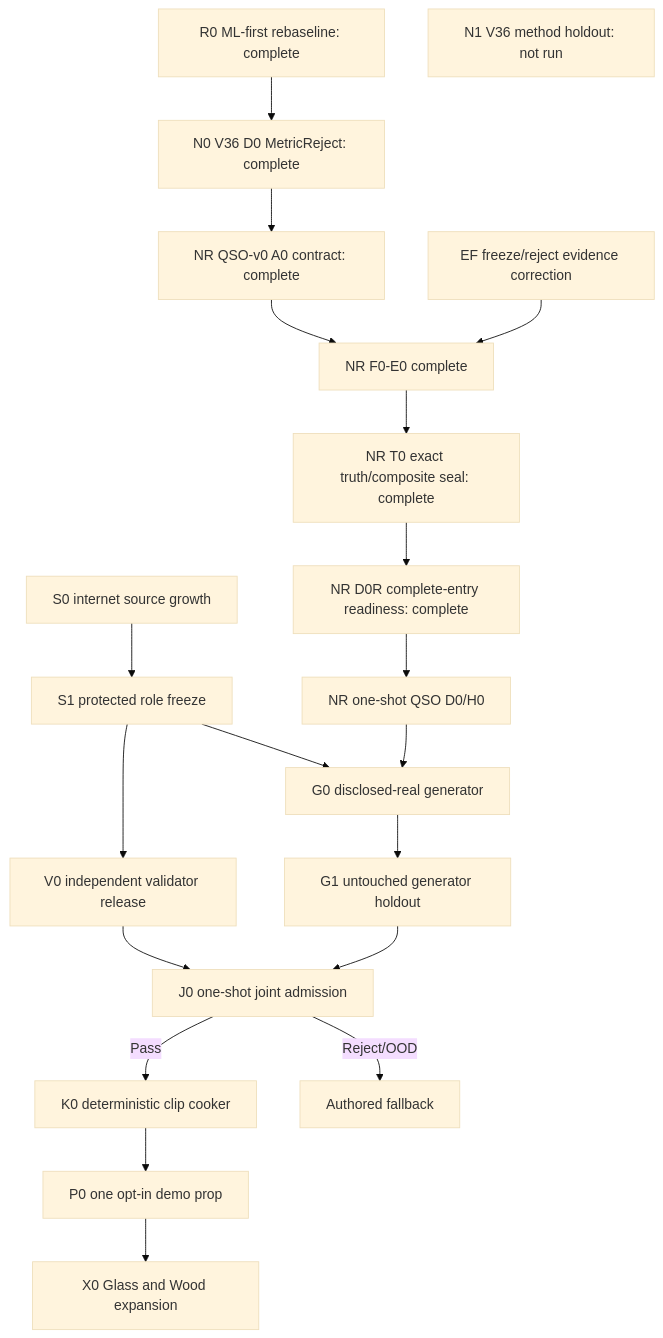
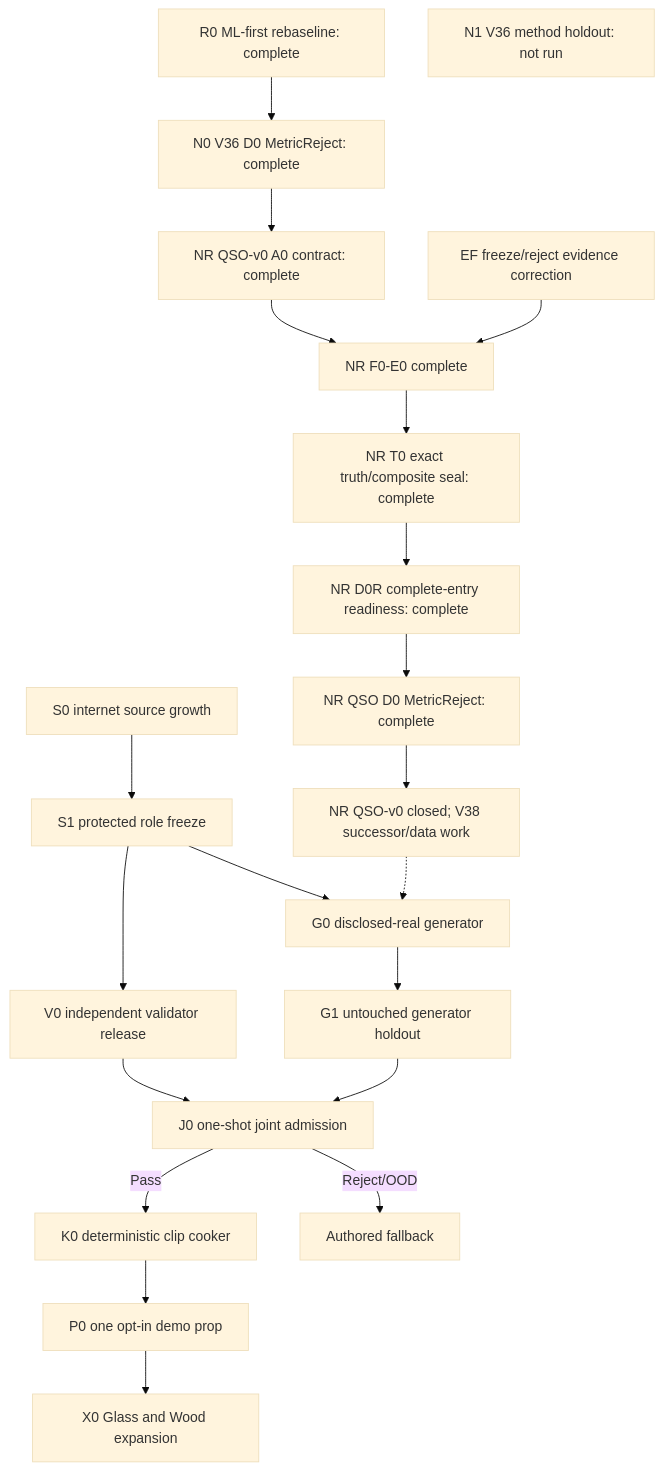
The diagram in docs/plans/physical-sound-synthesis-roadmap-v37.md (kaifaty/NextEngine), drawn with Mermaid (base theme) before and after one commit. The commit also changed other lines of this file and 5 other files, not shown here.

Commit message:
docs(sound): adopt evidence-first V38 roadmap

````diff
--- a/docs/plans/physical-sound-synthesis-roadmap-v37.md
+++ b/docs/plans/physical-sound-synthesis-roadmap-v37.md
@@ -100,23 +107,24 @@
 ```mermaid
 flowchart TD
     R0["R0 ML-first rebaseline: complete"] --> N0["N0 V36 D0 MetricReject: complete"]
     N0 --> NRA["NR QSO-v0 A0 contract: complete"]
     NRA --> NRF["NR F0-E0 complete"]
     NRF --> NRT["NR T0 exact truth/composite seal: complete"]
     NRT --> NRP["NR D0R complete-entry readiness: complete"]
-    NRP --> NRD["NR one-shot QSO D0/H0"]
+    NRP --> NRD["NR QSO D0 MetricReject: complete"]
     N1["N1 V36 method holdout: not run"]
     EF["EF freeze/reject evidence correction"] --> NRF
 
     S0["S0 internet source growth"] --> S1["S1 protected role freeze"]
     S1 --> V0["V0 independent validator release"]
     S1 --> G0
-    NRD --> G0["G0 disclosed-real generator"]
+    NRD --> NRC["NR QSO-v0 closed; V38 successor/data work"]
+    NRC -.-> G0["G0 disclosed-real generator"]
     G0 --> G1["G1 untouched generator holdout"]
     V0 --> J0["J0 one-shot joint admission"]
     G1 --> J0
     J0 -->|"Pass"| K0["K0 deterministic clip cooker"]
     J0 -->|"Reject/OOD"| FB["Authored fallback"]
     K0 --> P0["P0 one opt-in demo prop"]
     P0 --> X0["X0 Glass and Wood expansion"]
 ```
````
